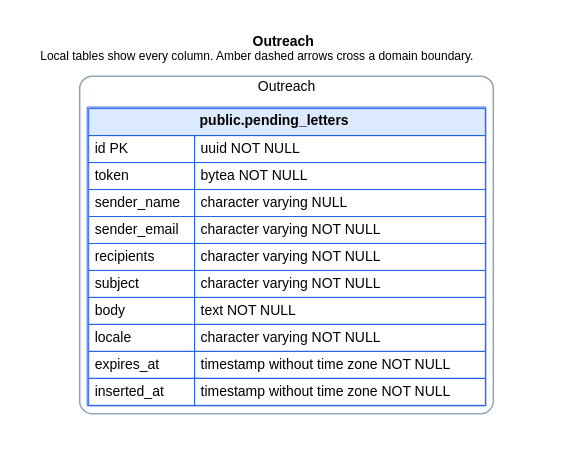
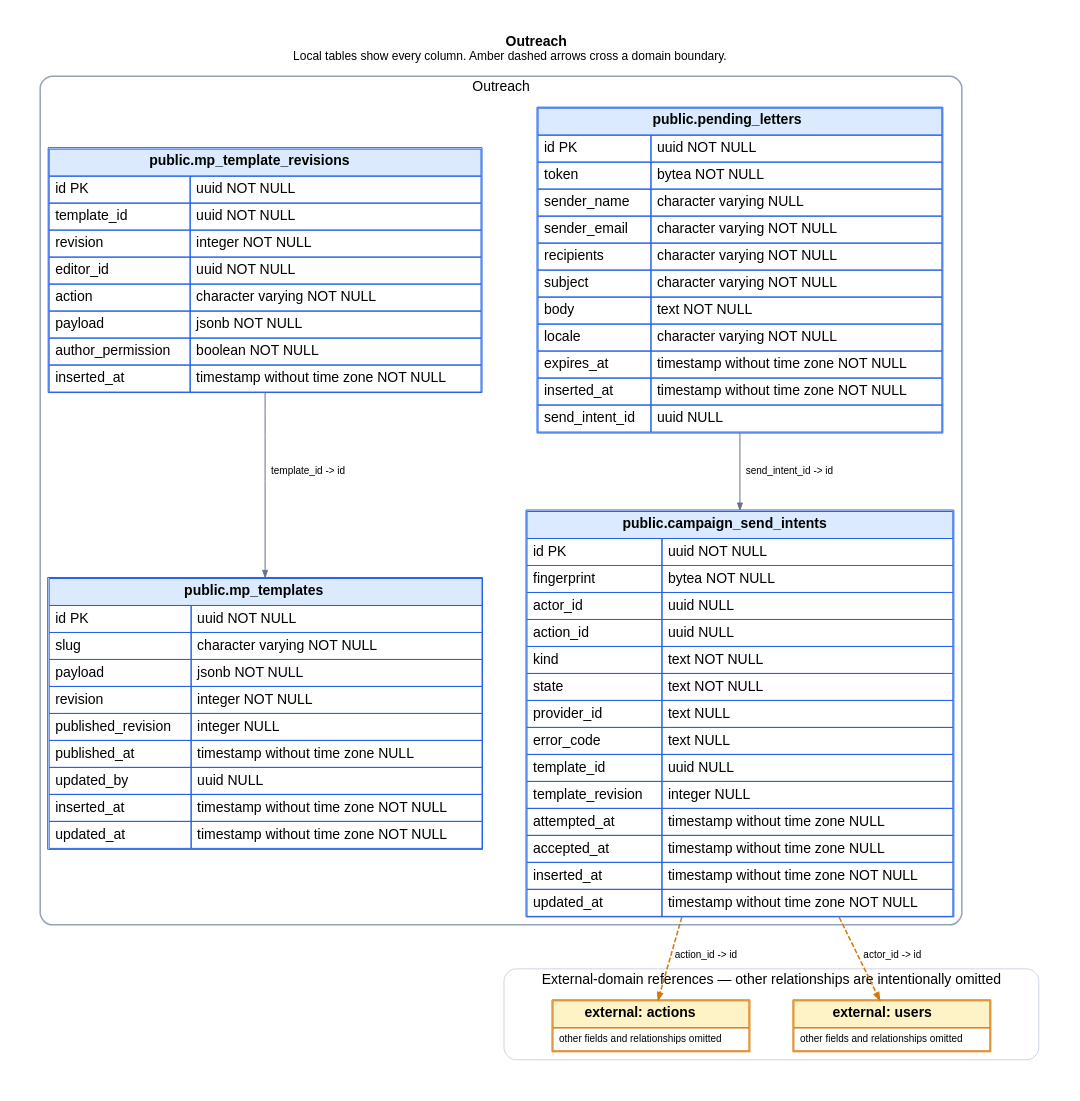
Before and after one commit to ogourment/pauseai.ca-website: the diagram in docs/schema/domains/outreach.dot, drawn with Graphviz. The commit also changed 51 other files, not shown here.

```diff
--- a/docs/schema/domains/outreach.dot
+++ b/docs/schema/domains/outreach.dot
@@ -1,31 +1,68 @@
 digraph outreach {
   graph [rankdir=TB, bgcolor="white", pad=0.35, nodesep=0.6, ranksep=0.9, fontname="Helvetica"];
   node [shape=plain, fontname="Helvetica"];
   edge [fontname="Helvetica", fontsize=10, arrowsize=0.7];
   labelloc="t";
   label=< <B>Outreach</B><BR/><FONT POINT-SIZE="12">Local tables show every column. Amber dashed arrows cross a domain boundary.</FONT> >;
 
   subgraph cluster_local {
     label="Outreach";
     color="#94a3b8";
     penwidth=1.5;
     style="rounded";
   "pending_letters" [label=<
     <TABLE BORDER="1" CELLBORDER="1" CELLSPACING="0" CELLPADDING="5" COLOR="#2563eb">
       <TR><TD BGCOLOR="#dbeafe" COLSPAN="2"><B>public.pending_letters</B></TD></TR>
-      <TR><TD ALIGN="LEFT">id PK</TD><TD ALIGN="LEFT">uuid NOT NULL</TD></TR><TR><TD ALIGN="LEFT">token</TD><TD ALIGN="LEFT">bytea NOT NULL</TD></TR><TR><TD ALIGN="LEFT">sender_name</TD><TD ALIGN="LEFT">character varying NULL</TD></TR><TR><TD ALIGN="LEFT">sender_email</TD><TD ALIGN="LEFT">character varying NOT NULL</TD></TR><TR><TD ALIGN="LEFT">recipients</TD><TD ALIGN="LEFT">character varying NOT NULL</TD></TR><TR><TD ALIGN="LEFT">subject</TD><TD ALIGN="LEFT">character varying NOT NULL</TD></TR><TR><TD ALIGN="LEFT">body</TD><TD ALIGN="LEFT">text NOT NULL</TD></TR><TR><TD ALIGN="LEFT">locale</TD><TD ALIGN="LEFT">character varying NOT NULL</TD></TR><TR><TD ALIGN="LEFT">expires_at</TD><TD ALIGN="LEFT">timestamp without time zone NOT NULL</TD></TR><TR><TD ALIGN="LEFT">inserted_at</TD><TD ALIGN="LEFT">timestamp without time zone NOT NULL</TD></TR>
+      <TR><TD ALIGN="LEFT">id PK</TD><TD ALIGN="LEFT">uuid NOT NULL</TD></TR><TR><TD ALIGN="LEFT">token</TD><TD ALIGN="LEFT">bytea NOT NULL</TD></TR><TR><TD ALIGN="LEFT">sender_name</TD><TD ALIGN="LEFT">character varying NULL</TD></TR><TR><TD ALIGN="LEFT">sender_email</TD><TD ALIGN="LEFT">character varying NOT NULL</TD></TR><TR><TD ALIGN="LEFT">recipients</TD><TD ALIGN="LEFT">character varying NOT NULL</TD></TR><TR><TD ALIGN="LEFT">subject</TD><TD ALIGN="LEFT">character varying NOT NULL</TD></TR><TR><TD ALIGN="LEFT">body</TD><TD ALIGN="LEFT">text NOT NULL</TD></TR><TR><TD ALIGN="LEFT">locale</TD><TD ALIGN="LEFT">character varying NOT NULL</TD></TR><TR><TD ALIGN="LEFT">expires_at</TD><TD ALIGN="LEFT">timestamp without time zone NOT NULL</TD></TR><TR><TD ALIGN="LEFT">inserted_at</TD><TD ALIGN="LEFT">timestamp without time zone NOT NULL</TD></TR><TR><TD ALIGN="LEFT">send_intent_id</TD><TD ALIGN="LEFT">uuid NULL</TD></TR>
+    </TABLE>
+  >];
+
+  "campaign_send_intents" [label=<
+    <TABLE BORDER="1" CELLBORDER="1" CELLSPACING="0" CELLPADDING="5" COLOR="#2563eb">
+      <TR><TD BGCOLOR="#dbeafe" COLSPAN="2"><B>public.campaign_send_intents</B></TD></TR>
+      <TR><TD ALIGN="LEFT">id PK</TD><TD ALIGN="LEFT">uuid NOT NULL</TD></TR><TR><TD ALIGN="LEFT">fingerprint</TD><TD ALIGN="LEFT">bytea NOT NULL</TD></TR><TR><TD ALIGN="LEFT">actor_id</TD><TD ALIGN="LEFT">uuid NULL</TD></TR><TR><TD ALIGN="LEFT">action_id</TD><TD ALIGN="LEFT">uuid NULL</TD></TR><TR><TD ALIGN="LEFT">kind</TD><TD ALIGN="LEFT">text NOT NULL</TD></TR><TR><TD ALIGN="LEFT">state</TD><TD ALIGN="LEFT">text NOT NULL</TD></TR><TR><TD ALIGN="LEFT">provider_id</TD><TD ALIGN="LEFT">text NULL</TD></TR><TR><TD ALIGN="LEFT">error_code</TD><TD ALIGN="LEFT">text NULL</TD></TR><TR><TD ALIGN="LEFT">template_id</TD><TD ALIGN="LEFT">uuid NULL</TD></TR><TR><TD ALIGN="LEFT">template_revision</TD><TD ALIGN="LEFT">integer NULL</TD></TR><TR><TD ALIGN="LEFT">attempted_at</TD><TD ALIGN="LEFT">timestamp without time zone NULL</TD></TR><TR><TD ALIGN="LEFT">accepted_at</TD><TD ALIGN="LEFT">timestamp without time zone NULL</TD></TR><TR><TD ALIGN="LEFT">inserted_at</TD><TD ALIGN="LEFT">timestamp without time zone NOT NULL</TD></TR><TR><TD ALIGN="LEFT">updated_at</TD><TD ALIGN="LEFT">timestamp without time zone NOT NULL</TD></TR>
+    </TABLE>
+  >];
+
+  "mp_templates" [label=<
+    <TABLE BORDER="1" CELLBORDER="1" CELLSPACING="0" CELLPADDING="5" COLOR="#2563eb">
+      <TR><TD BGCOLOR="#dbeafe" COLSPAN="2"><B>public.mp_templates</B></TD></TR>
+      <TR><TD ALIGN="LEFT">id PK</TD><TD ALIGN="LEFT">uuid NOT NULL</TD></TR><TR><TD ALIGN="LEFT">slug</TD><TD ALIGN="LEFT">character varying NOT NULL</TD></TR><TR><TD ALIGN="LEFT">payload</TD><TD ALIGN="LEFT">jsonb NOT NULL</TD></TR><TR><TD ALIGN="LEFT">revision</TD><TD ALIGN="LEFT">integer NOT NULL</TD></TR><TR><TD ALIGN="LEFT">published_revision</TD><TD ALIGN="LEFT">integer NULL</TD></TR><TR><TD ALIGN="LEFT">published_at</TD><TD ALIGN="LEFT">timestamp without time zone NULL</TD></TR><TR><TD ALIGN="LEFT">updated_by</TD><TD ALIGN="LEFT">uuid NULL</TD></TR><TR><TD ALIGN="LEFT">inserted_at</TD><TD ALIGN="LEFT">timestamp without time zone NOT NULL</TD></TR><TR><TD ALIGN="LEFT">updated_at</TD><TD ALIGN="LEFT">timestamp without time zone NOT NULL</TD></TR>
+    </TABLE>
+  >];
+
+  "mp_template_revisions" [label=<
+    <TABLE BORDER="1" CELLBORDER="1" CELLSPACING="0" CELLPADDING="5" COLOR="#2563eb">
+      <TR><TD BGCOLOR="#dbeafe" COLSPAN="2"><B>public.mp_template_revisions</B></TD></TR>
+      <TR><TD ALIGN="LEFT">id PK</TD><TD ALIGN="LEFT">uuid NOT NULL</TD></TR><TR><TD ALIGN="LEFT">template_id</TD><TD ALIGN="LEFT">uuid NOT NULL</TD></TR><TR><TD ALIGN="LEFT">revision</TD><TD ALIGN="LEFT">integer NOT NULL</TD></TR><TR><TD ALIGN="LEFT">editor_id</TD><TD ALIGN="LEFT">uuid NOT NULL</TD></TR><TR><TD ALIGN="LEFT">action</TD><TD ALIGN="LEFT">character varying NOT NULL</TD></TR><TR><TD ALIGN="LEFT">payload</TD><TD ALIGN="LEFT">jsonb NOT NULL</TD></TR><TR><TD ALIGN="LEFT">author_permission</TD><TD ALIGN="LEFT">boolean NOT NULL</TD></TR><TR><TD ALIGN="LEFT">inserted_at</TD><TD ALIGN="LEFT">timestamp without time zone NOT NULL</TD></TR>
     </TABLE>
   >];
 
   }
 
   subgraph cluster_external {
     label="External-domain references — other relationships are intentionally omitted";
     color="#cbd5e1";
     penwidth=1;
     style="rounded";
+  "actions" [label=<
+    <TABLE BORDER="1" CELLBORDER="1" CELLSPACING="0" CELLPADDING="5" COLOR="#d97706">
+      <TR><TD BGCOLOR="#fef3c7"><B>external: actions</B></TD></TR>
+      <TR><TD><FONT POINT-SIZE="10">other fields and relationships omitted</FONT></TD></TR>
+    </TABLE>
+  >];
+
+  "users" [label=<
+    <TABLE BORDER="1" CELLBORDER="1" CELLSPACING="0" CELLPADDING="5" COLOR="#d97706">
+      <TR><TD BGCOLOR="#fef3c7"><B>external: users</B></TD></TR>
+      <TR><TD><FONT POINT-SIZE="10">other fields and relationships omitted</FONT></TD></TR>
+    </TABLE>
+  >];
 
   }
 
-
+  "campaign_send_intents" -> "actions" [label="action_id -> id", color="#d97706", style="dashed", penwidth=1.5];
+  "campaign_send_intents" -> "users" [label="actor_id -> id", color="#d97706", style="dashed", penwidth=1.5];
+  "mp_template_revisions" -> "mp_templates" [label="template_id -> id", color="#64748b"];
+  "pending_letters" -> "campaign_send_intents" [label="send_intent_id -> id", color="#64748b"];
 }
```
